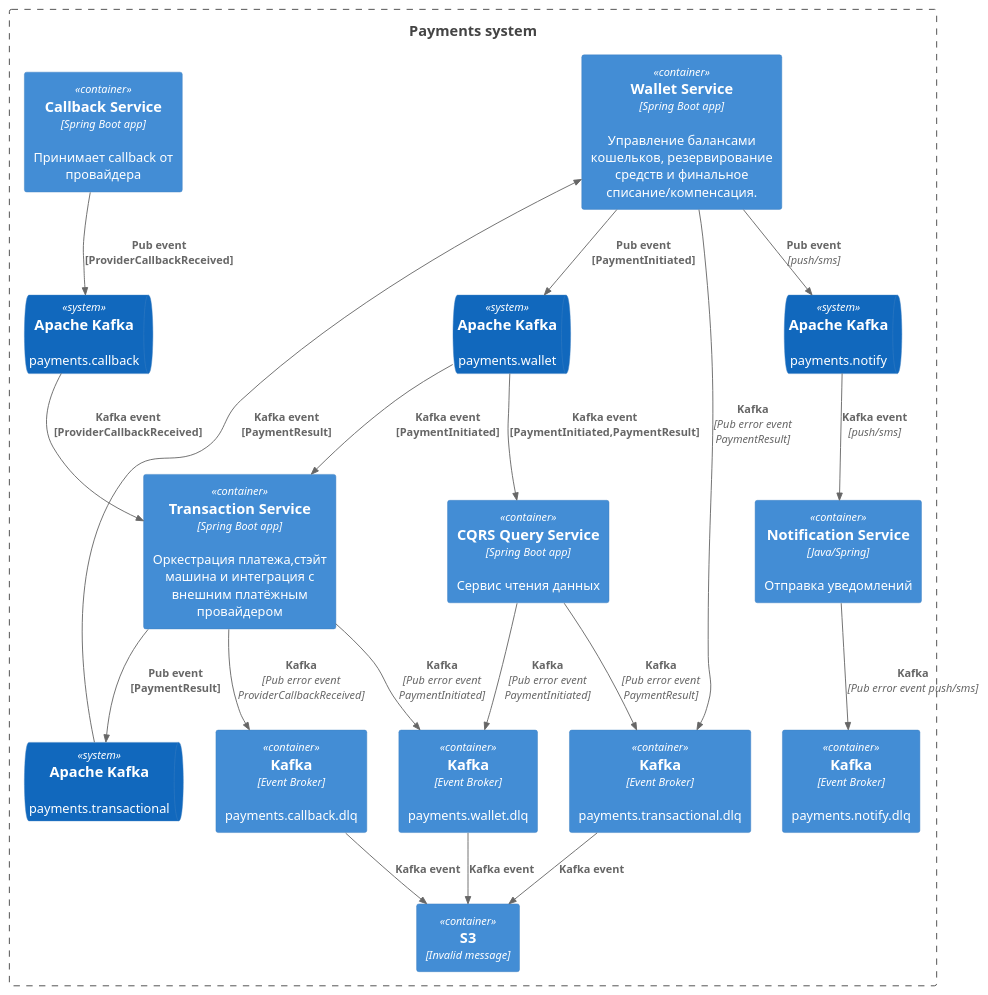
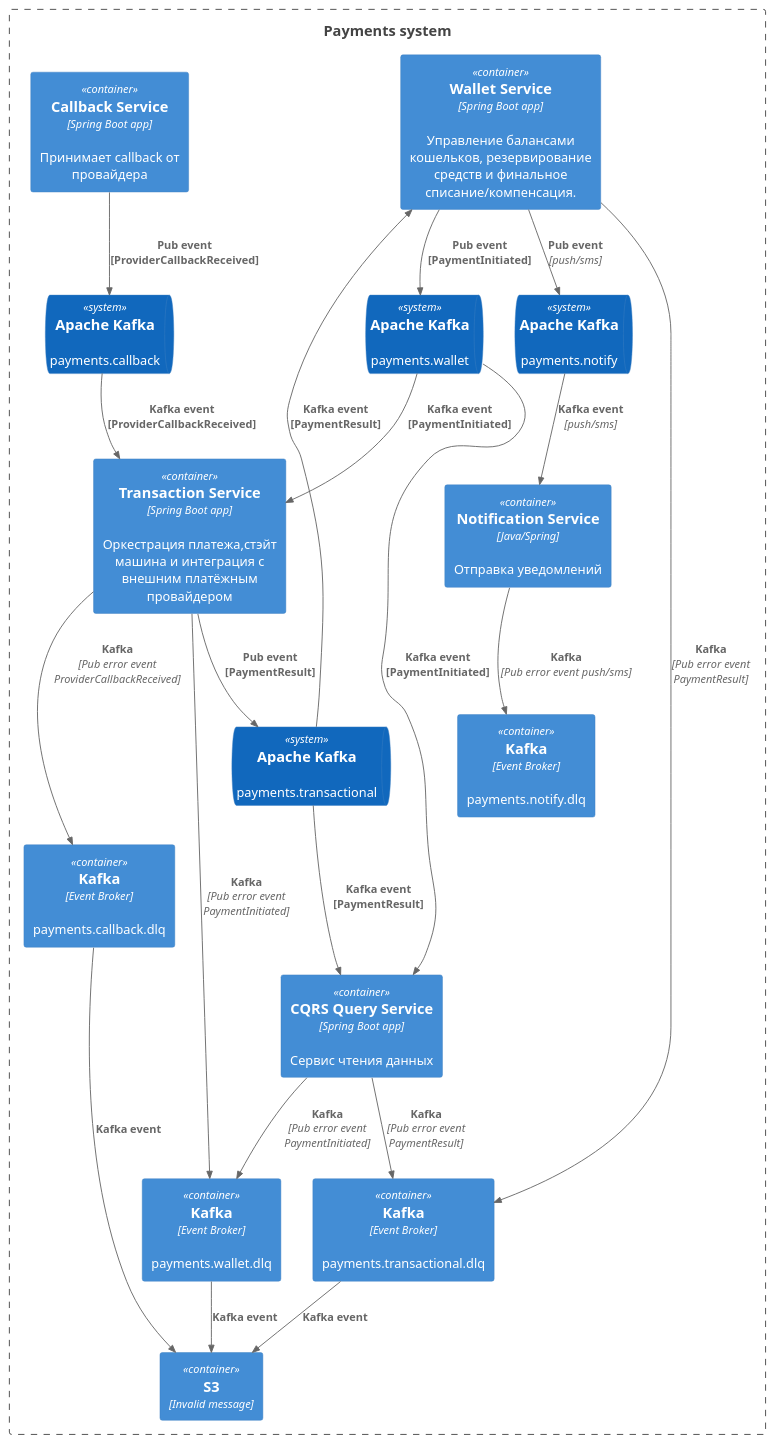
Before and after one commit to evg-akulov/sdia: the diagram in c4/container_topics.puml, drawn with PlantUML. The commit also changed 5 other files, not shown here.

```diff
--- a/c4/container_topics.puml
+++ b/c4/container_topics.puml
@@ -1,48 +1,49 @@
 @startuml
 !include https://raw.githubusercontent.com/plantuml-stdlib/C4-PlantUML/master/C4_Container.puml
 
 Boundary(internal, "Payments system") {
 Container(wallet, "Wallet Service", "Spring Boot app", "Управление балансами кошельков, резервирование средств и финальное списание/компенсация.")
 Container(transaction, "Transaction Service", "Spring Boot app", "Оркестрация платежа,стэйт машина и интеграция с внешним платёжным провайдером")
 Container(callback, "Callback Service", "Spring Boot app", "Принимает callback от провайдера")
 Container(query, "CQRS Query Service", "Spring Boot app", "Сервис чтения данных")
 Container(notify, "Notification Service", "Java/Spring", "Отправка уведомлений")
 
 SystemQueue(kafkaWallet, "Apache Kafka", "payments.wallet")
 SystemQueue(kafkaTransaction, "Apache Kafka", "payments.transactional")
 SystemQueue(kafkaCallback, "Apache Kafka", "payments.callback")
 SystemQueue(kafkaNotify, "Apache Kafka", "payments.notify")
 
 Container(kafkaCallbackDlq, "Kafka", "Event Broker", "payments.callback.dlq")
 Container(kafkaTransactionDlq, "Kafka", "Event Broker", "payments.transactional.dlq")
 Container(kafkaWalletDlq, "Kafka", "Event Broker", "payments.wallet.dlq")
 Container(kafkaNotifyDlq, "Kafka", "Event Broker", "payments.notify.dlq")
 Container(s3, "S3", "Invalid message")
 
 
 Rel(kafkaWallet, transaction, "Kafka event [PaymentInitiated]")
 Rel(kafkaTransaction, wallet, "Kafka event [PaymentResult]")
-Rel(kafkaWallet, query, "Kafka event [PaymentInitiated,PaymentResult]")
+Rel(kafkaTransaction, query, "Kafka event [PaymentResult]")
+Rel(kafkaWallet, query, "Kafka event [PaymentInitiated]")
 
 Rel(wallet, kafkaWallet, "Pub event [PaymentInitiated]")
 Rel(transaction, kafkaTransaction, "Pub event [PaymentResult]")
 Rel(callback, kafkaCallback, "Pub event [ProviderCallbackReceived]")
 Rel(kafkaCallback, transaction, "Kafka event [ProviderCallbackReceived]")
 
 Rel(wallet, kafkaNotify, "Pub event", "push/sms")
 Rel(kafkaNotify, notify, "Kafka event", "push/sms")
 
 Rel(query, kafkaWalletDlq, "Kafka", "Pub error event PaymentInitiated")
 Rel(query, kafkaTransactionDlq, "Kafka", "Pub error event PaymentResult")
 Rel(wallet, kafkaTransactionDlq, "Kafka", "Pub error event PaymentResult")
 Rel(transaction, kafkaWalletDlq, "Kafka", "Pub error event PaymentInitiated")
 Rel(transaction, kafkaCallbackDlq, "Kafka", "Pub error event ProviderCallbackReceived")
 Rel(notify, kafkaNotifyDlq, "Kafka", "Pub error event push/sms")
 
 Rel(kafkaCallbackDlq, s3, "Kafka event")
 Rel(kafkaTransactionDlq, s3, "Kafka event")
 Rel(kafkaWalletDlq, s3, "Kafka event")
 
 }
 
 @enduml
```
